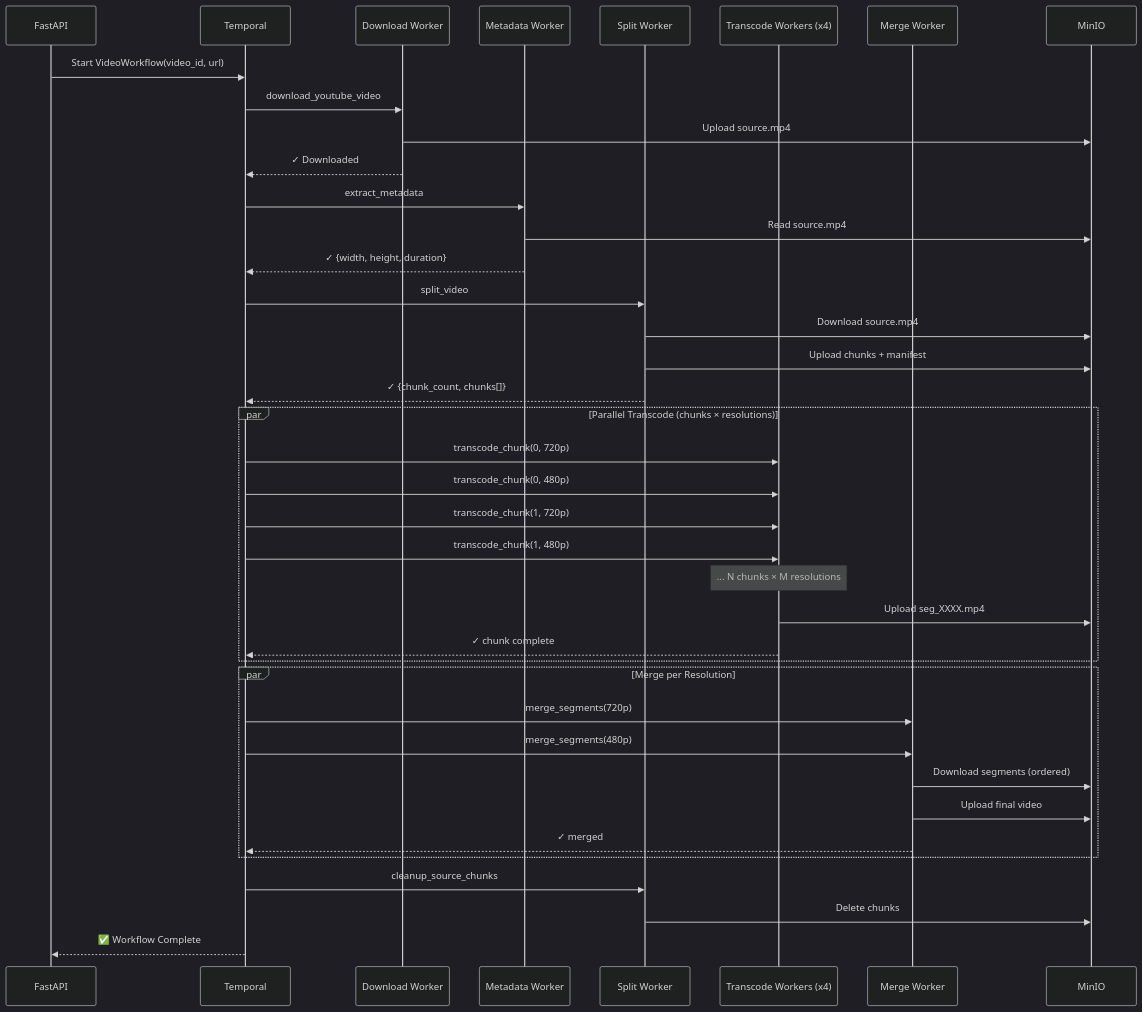
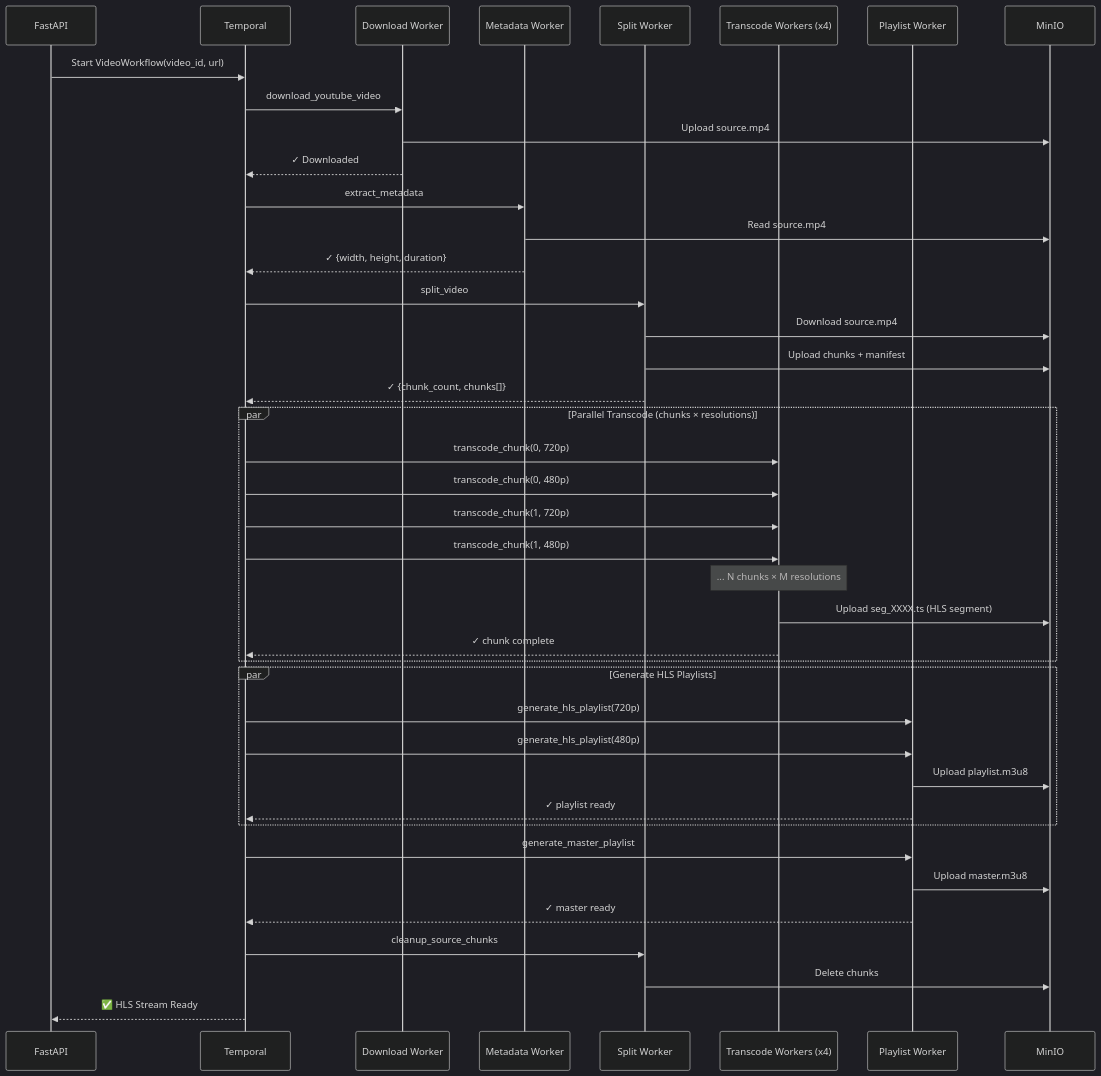
Before and after one commit to sathwickreddyy/design: the second of 3 diagrams in youtube/README.md, drawn with Mermaid (dark theme). The commit also changed other lines of this file and 5 other files, not shown here.

First line of the commit message:
feat: Implement multi-step video processing workflow with HLS streaming output

````diff
--- a/youtube/README.md
+++ b/youtube/README.md
@@ -100,49 +119,52 @@
 ```mermaid
 sequenceDiagram
     participant API as FastAPI
     participant T as Temporal
     participant DW as Download Worker
     participant MW as Metadata Worker
     participant SW as Split Worker
     participant TW as Transcode Workers (x4)
-    participant MGW as Merge Worker
+    participant PW as Playlist Worker
     participant S3 as MinIO
 
     API->>T: Start VideoWorkflow(video_id, url)
     
     T->>DW: download_youtube_video
     DW->>S3: Upload source.mp4
     DW-->>T: ✓ Downloaded
     
     T->>MW: extract_metadata
     MW->>S3: Read source.mp4
     MW-->>T: ✓ {width, height, duration}
     
     T->>SW: split_video
     SW->>S3: Download source.mp4
     SW->>S3: Upload chunks + manifest
     SW-->>T: ✓ {chunk_count, chunks[]}
     
     par Parallel Transcode (chunks × resolutions)
         T->>TW: transcode_chunk(0, 720p)
         T->>TW: transcode_chunk(0, 480p)
         T->>TW: transcode_chunk(1, 720p)
         T->>TW: transcode_chunk(1, 480p)
         Note over TW: ... N chunks × M resolutions
-        TW->>S3: Upload seg_XXXX.mp4
+        TW->>S3: Upload seg_XXXX.ts (HLS segment)
         TW-->>T: ✓ chunk complete
     end
     
-    par Merge per Resolution
-        T->>MGW: merge_segments(720p)
-        T->>MGW: merge_segments(480p)
-        MGW->>S3: Download segments (ordered)
-        MGW->>S3: Upload final video
-        MGW-->>T: ✓ merged
+    par Generate HLS Playlists
+        T->>PW: generate_hls_playlist(720p)
+        T->>PW: generate_hls_playlist(480p)
+        PW->>S3: Upload playlist.m3u8
+        PW-->>T: ✓ playlist ready
     end
+    
+    T->>PW: generate_master_playlist
+    PW->>S3: Upload master.m3u8
+    PW-->>T: ✓ master ready
     
     T->>SW: cleanup_source_chunks
     SW->>S3: Delete chunks
     
-    T-->>API: ✅ Workflow Complete
+    T-->>API: ✅ HLS Stream Ready
 ```
````
